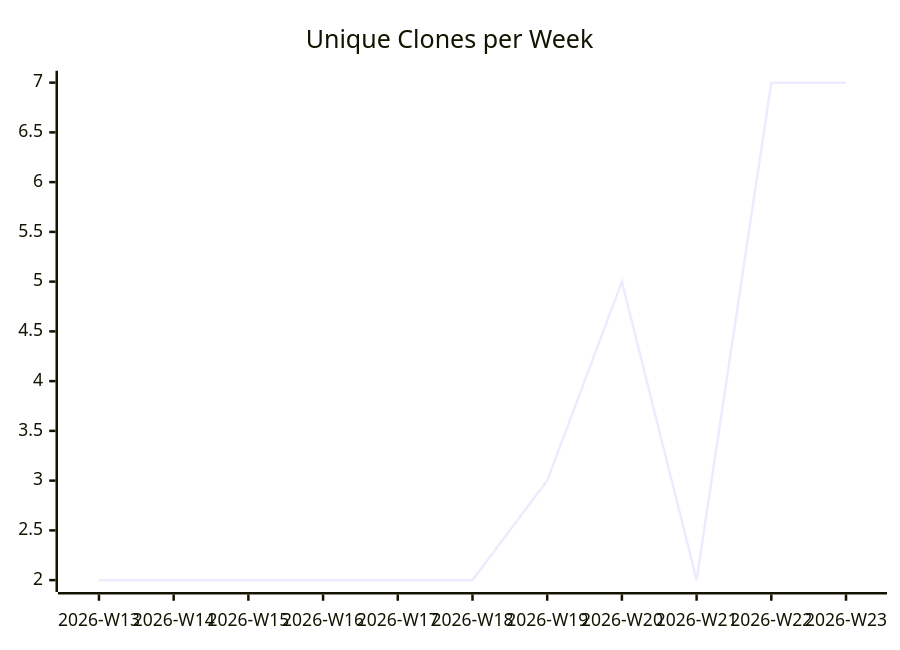
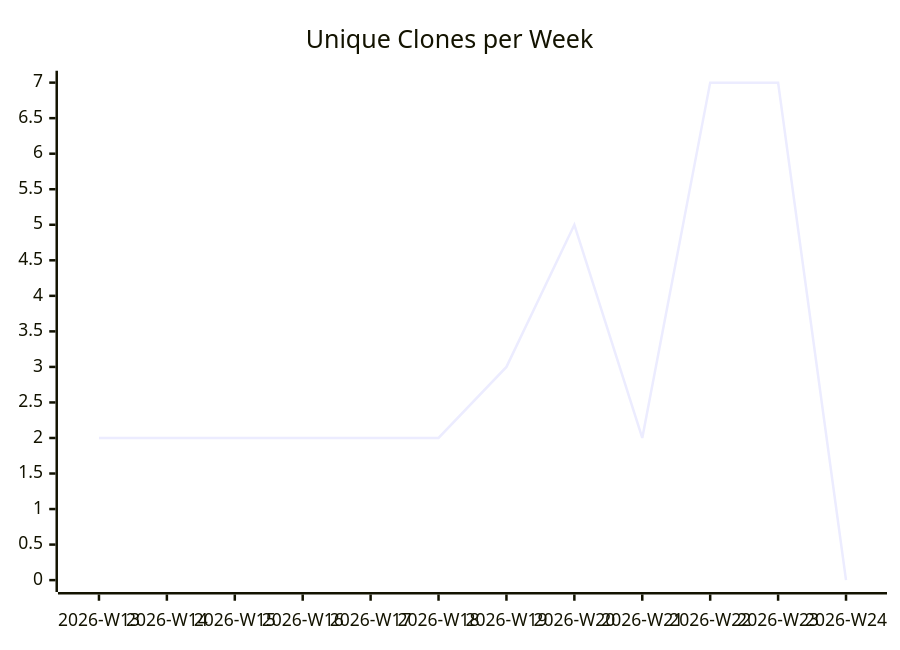
The third of 3 diagrams in karlmdavis/rps-tourney/README.md (justdavis-family/github-analytics-data), drawn with Mermaid before and after one commit. The commit also changed other lines of this file and 189 other files, not shown here.

````diff
--- a/karlmdavis/rps-tourney/README.md
+++ b/karlmdavis/rps-tourney/README.md
@@ -19,6 +19,6 @@
 ```mermaid
 xychart-beta
   title "Unique Clones per Week"
-  x-axis ["2026-W13", "2026-W14", "2026-W15", "2026-W16", "2026-W17", "2026-W18", "2026-W19", "2026-W20", "2026-W21", "2026-W22", "2026-W23"]
-  line [2, 2, 2, 2, 2, 2, 3, 5, 2, 7, 7]
+  x-axis ["2026-W13", "2026-W14", "2026-W15", "2026-W16", "2026-W17", "2026-W18", "2026-W19", "2026-W20", "2026-W21", "2026-W22", "2026-W23", "2026-W24"]
+  line [2, 2, 2, 2, 2, 2, 3, 5, 2, 7, 7, 0]
 ```
````
